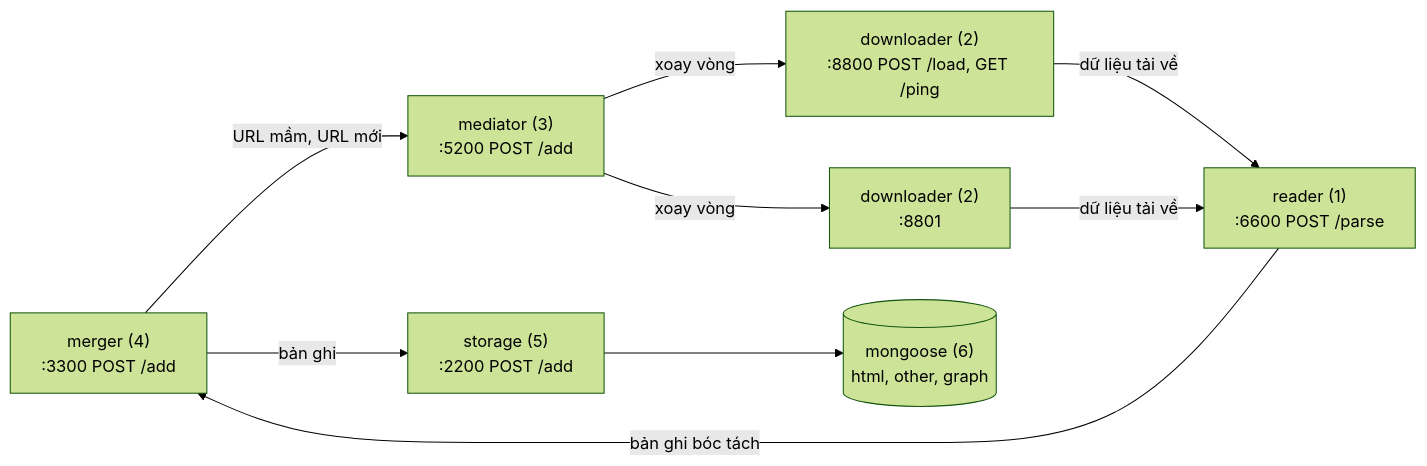
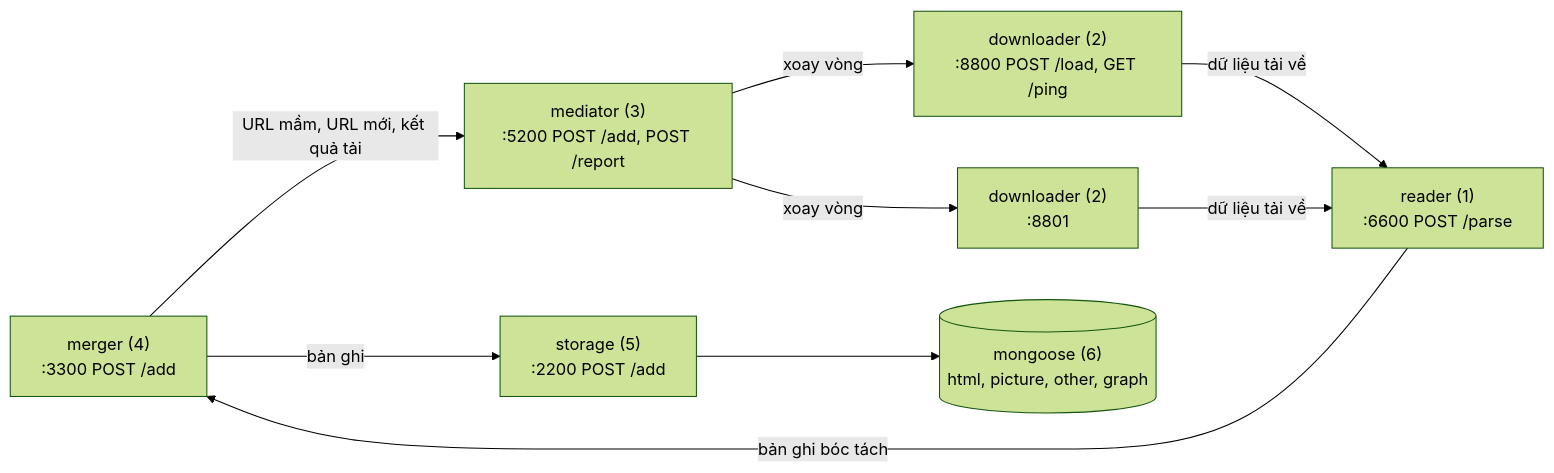
One commit to doanan293/WebCorpusPipeline changed the diagram in crawler/docs/services.md. Above: the diagram before and after it, drawn with Mermaid (forest theme). The commit also changed other lines of this file and 14 other files, not shown here.

````diff
--- a/crawler/docs/services.md
+++ b/crawler/docs/services.md
@@ -6,18 +7,18 @@
 ```mermaid
 flowchart LR
     AGG["merger (4)<br/>:3300 POST /add"]
-    CTRL["mediator (3)<br/>:5200 POST /add"]
+    CTRL["mediator (3)<br/>:5200 POST /add, POST /report"]
     F1["downloader (2)<br/>:8800 POST /load, GET /ping"]
     F2["downloader (2)<br/>:8801"]
     PARSE["reader (1)<br/>:6600 POST /parse"]
     STORE["storage (5)<br/>:2200 POST /add"]
-    MONGO[("mongoose (6)<br/>html, other, graph")]
+    MONGO[("mongoose (6)<br/>html, picture, other, graph")]
 
-    AGG -- "URL mầm, URL mới" --> CTRL
+    AGG -- "URL mầm, URL mới, kết quả tải" --> CTRL
     CTRL -- "xoay vòng" --> F1
     CTRL -- "xoay vòng" --> F2
     F1 -- "dữ liệu tải về" --> PARSE
     F2 -- "dữ liệu tải về" --> PARSE
     PARSE -- "bản ghi bóc tách" --> AGG
     AGG -- "bản ghi" --> STORE --> MONGO
 ```
````
